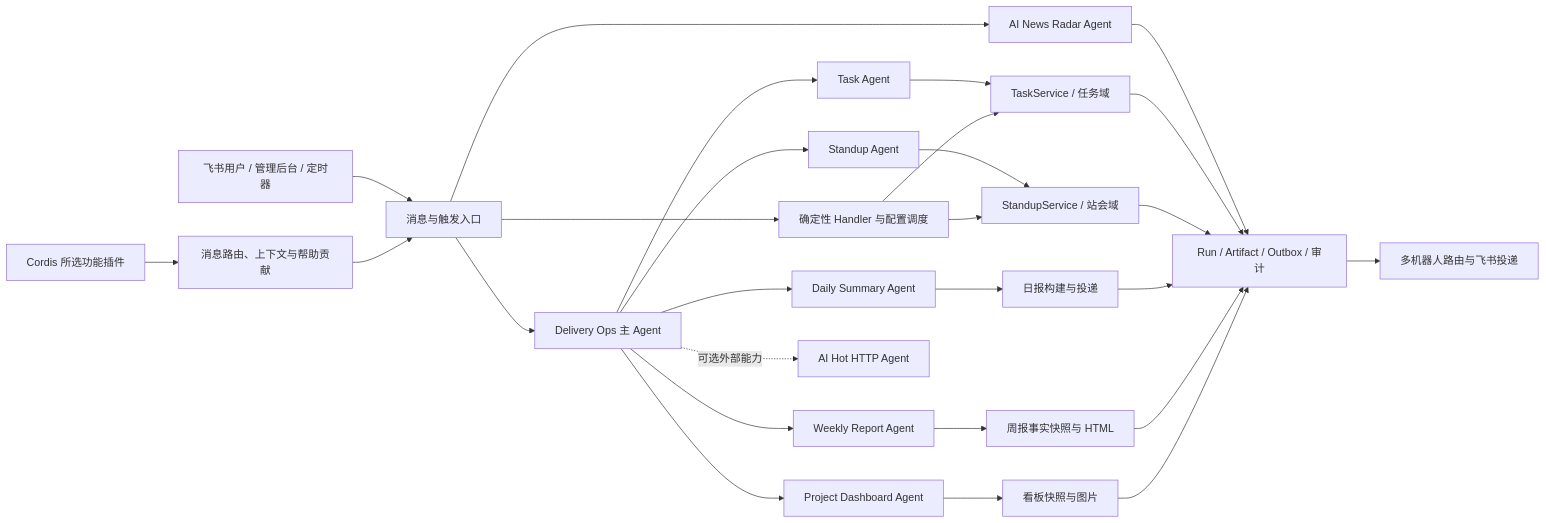
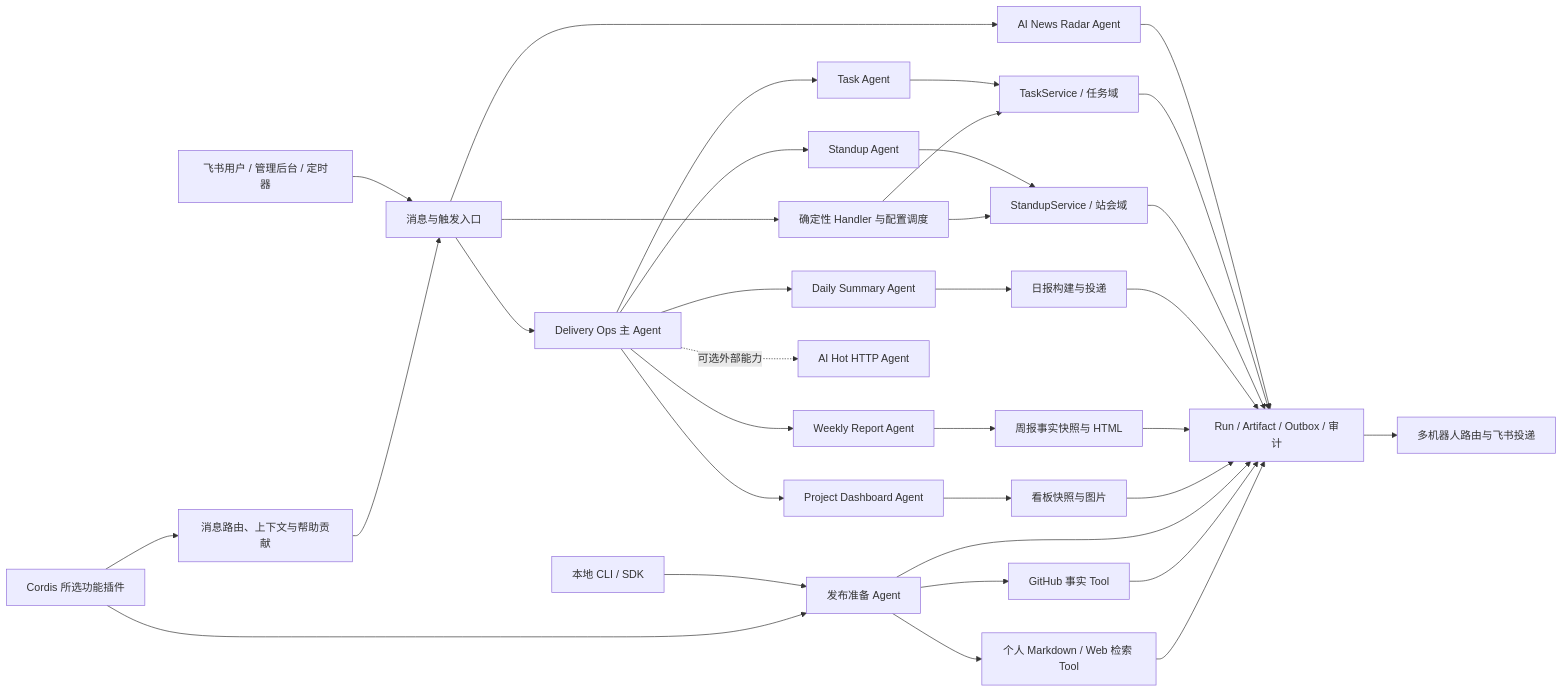
The diagram in docs/features/README.md (KlayPeter/AI-Delivery-Ops-Agent), drawn with Mermaid before and after one commit. The commit also changed other lines of this file and 21 other files, not shown here.

Commit message:
feat: prepare cited release drafts from GitHub and personal knowledge

````diff
--- a/docs/features/README.md
+++ b/docs/features/README.md
@@ -5,29 +5,36 @@
 ```mermaid
 flowchart LR
     U["飞书用户 / 管理后台 / 定时器"] --> R["消息与触发入口"]
     R --> M["Delivery Ops 主 Agent"]
     M --> T["Task Agent"]
     M --> S["Standup Agent"]
     M --> D["Daily Summary Agent"]
     M --> W["Weekly Report Agent"]
     M --> P["Project Dashboard Agent"]
     R --> N["AI News Radar Agent"]
     N --> O
     M -. 可选外部能力 .-> H["AI Hot HTTP Agent"]
     T --> TS["TaskService / 任务域"]
     S --> SS["StandupService / 站会域"]
     D --> DS["日报构建与投递"]
     W --> WS["周报事实快照与 HTML"]
     P --> PS["看板快照与图片"]
     FP["Cordis 所选功能插件"] --> MC["消息路由、上下文与帮助贡献"]
     MC --> R
     R --> C["确定性 Handler 与配置调度"]
     C --> TS
     C --> SS
     TS --> O["Run / Artifact / Outbox / 审计"]
     SS --> O
     DS --> O
     WS --> O
     PS --> O
     O --> B["多机器人路由与飞书投递"]
+    LP["本地 CLI / SDK"] --> RP["发布准备 Agent"]
+    FP --> RP
+    RP --> GH["GitHub 事实 Tool"]
+    RP --> PK["个人 Markdown / Web 检索 Tool"]
+    RP --> O
+    GH --> O
+    PK --> O
 ```
````
